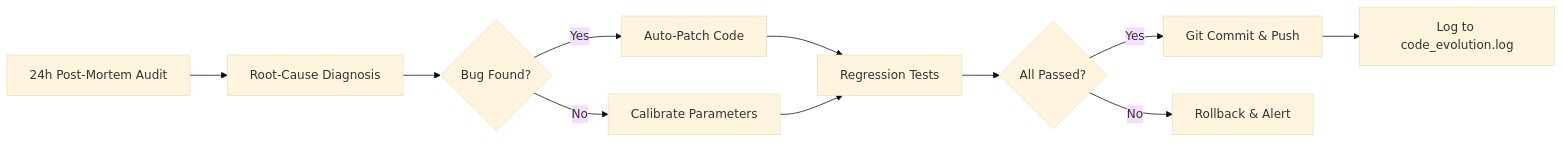
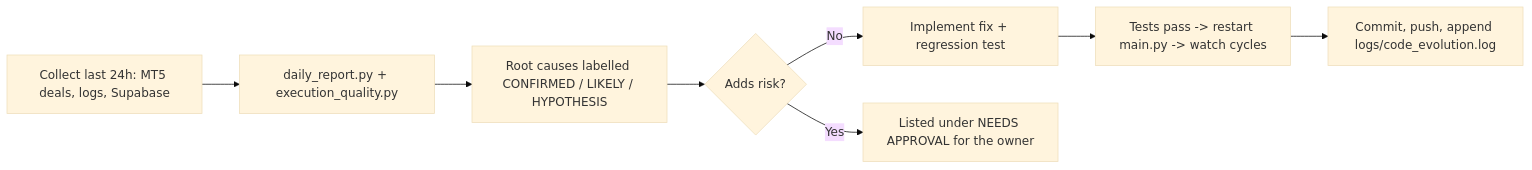
The second of 2 diagrams in README.md (syarief02/bubat-ai), drawn with Mermaid (base theme) before and after one commit. The commit also changed other lines of this file, not shown here.

````diff
--- a/README.md
+++ b/README.md
@@ -355,13 +259,10 @@
 ```mermaid
 flowchart LR
-    A["24h Post-Mortem Audit"] --> B["Root-Cause Diagnosis"]
-    B --> C{"Bug Found?"}
-    C -- Yes --> D["Auto-Patch Code"]
-    C -- No --> E["Calibrate Parameters"]
-    D --> F["Regression Tests"]
-    E --> F
-    F --> G{"All Passed?"}
-    G -- Yes --> H["Git Commit & Push"]
-    G -- No --> I["Rollback & Alert"]
-    H --> J["Log to code_evolution.log"]
+    A["Collect last 24h: MT5 deals, logs, Supabase"] --> B["daily_report.py + execution_quality.py"]
+    B --> C["Root causes labelled CONFIRMED / LIKELY / HYPOTHESIS"]
+    C --> D{"Adds risk?"}
+    D -- No --> E["Implement fix + regression test"]
+    D -- Yes --> F["Listed under NEEDS APPROVAL for the owner"]
+    E --> G["Tests pass -> restart main.py -> watch cycles"]
+    G --> H["Commit, push, append logs/code_evolution.log"]
 ```
````
